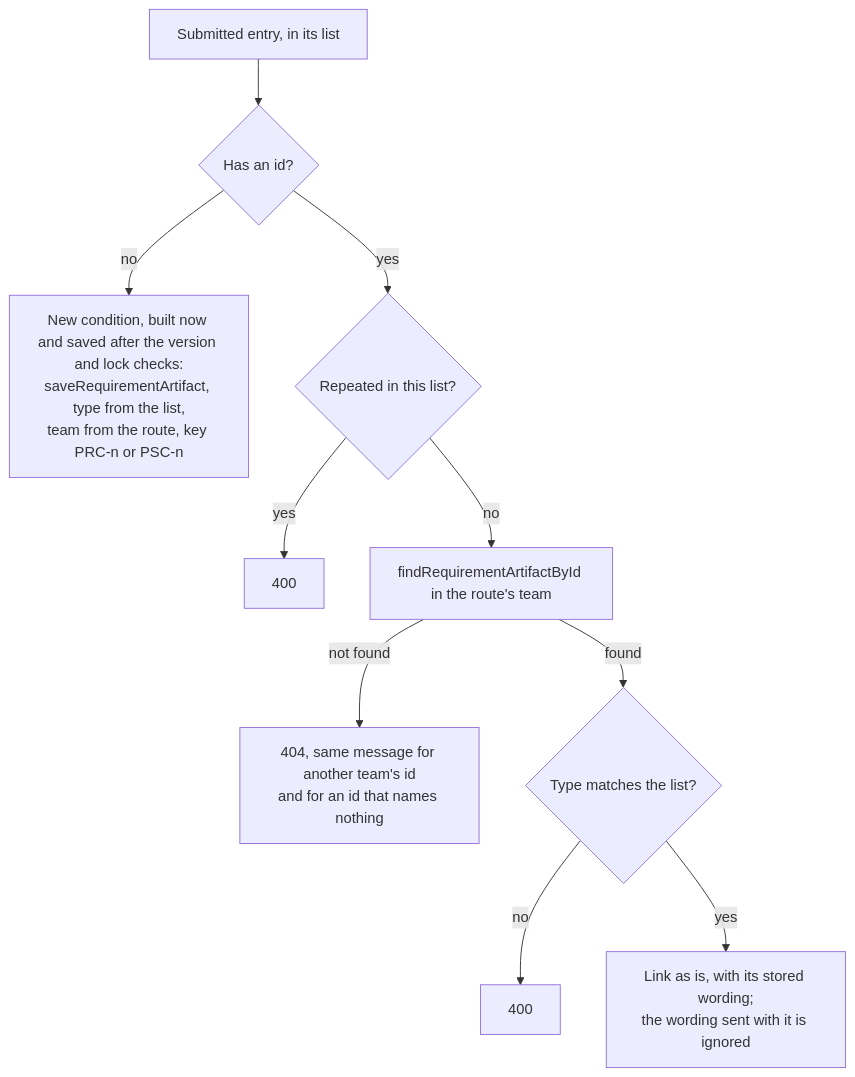
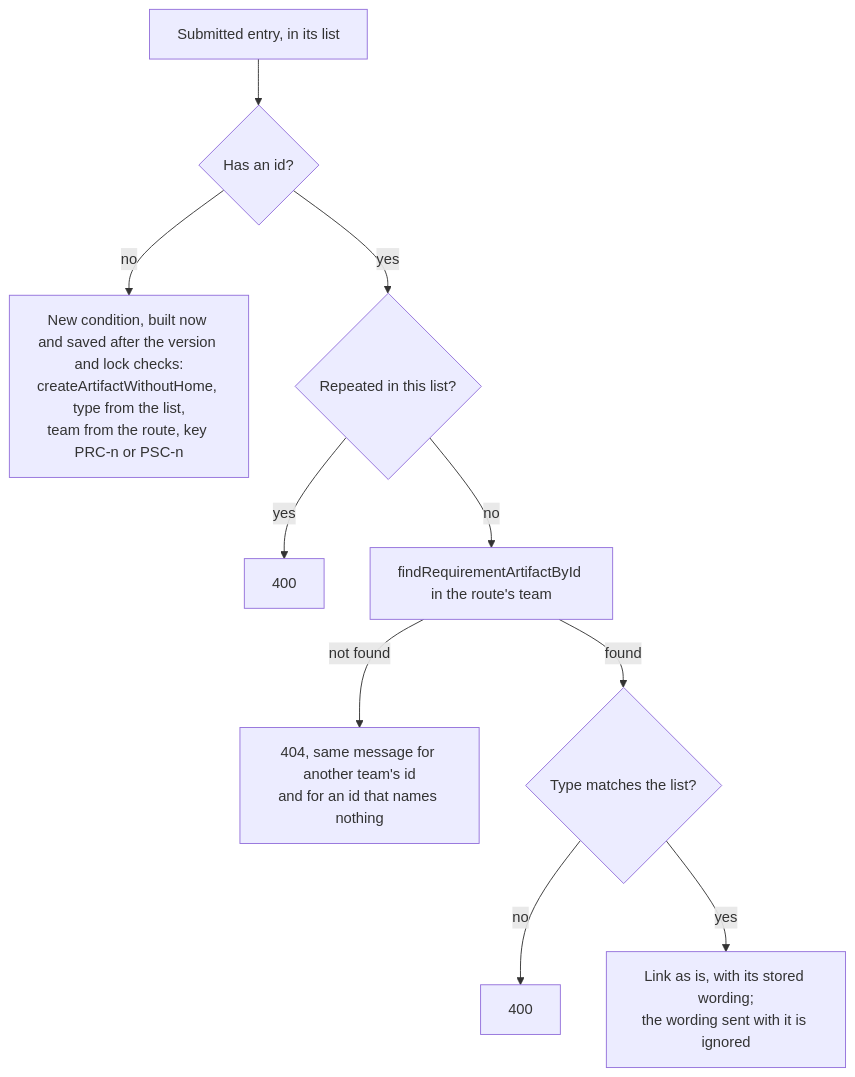
The fourth of 8 diagrams in docs/design/doc.md (Washingtonwei/project-pulse), drawn with Mermaid before and after one commit. The commit also changed other lines of this file and 7 other files, not shown here.

First line of the commit message:
Rename saveRequirementArtifact to createArtifactWithoutHome

````diff
--- a/docs/design/doc.md
+++ b/docs/design/doc.md
@@ -206,12 +206,12 @@
 ```mermaid
 flowchart TD
     A[Submitted entry, in its list] --> B{Has an id?}
-    B -- no --> N[New condition, built now and saved after the version and lock checks:<br/>saveRequirementArtifact, type from the list,<br/>team from the route, key PRC-n or PSC-n]
+    B -- no --> N[New condition, built now and saved after the version and lock checks:<br/>createArtifactWithoutHome, type from the list,<br/>team from the route, key PRC-n or PSC-n]
     B -- yes --> D{Repeated in this list?}
     D -- yes --> X400d[400]
     D -- no --> L[findRequirementArtifactById in the route's team]
     L -- not found --> X404[404, same message for another team's id<br/>and for an id that names nothing]
     L -- found --> T{Type matches the list?}
     T -- no --> X400a[400]
     T -- yes --> K[Link as is, with its stored wording;<br/>the wording sent with it is ignored]
 ```
````
